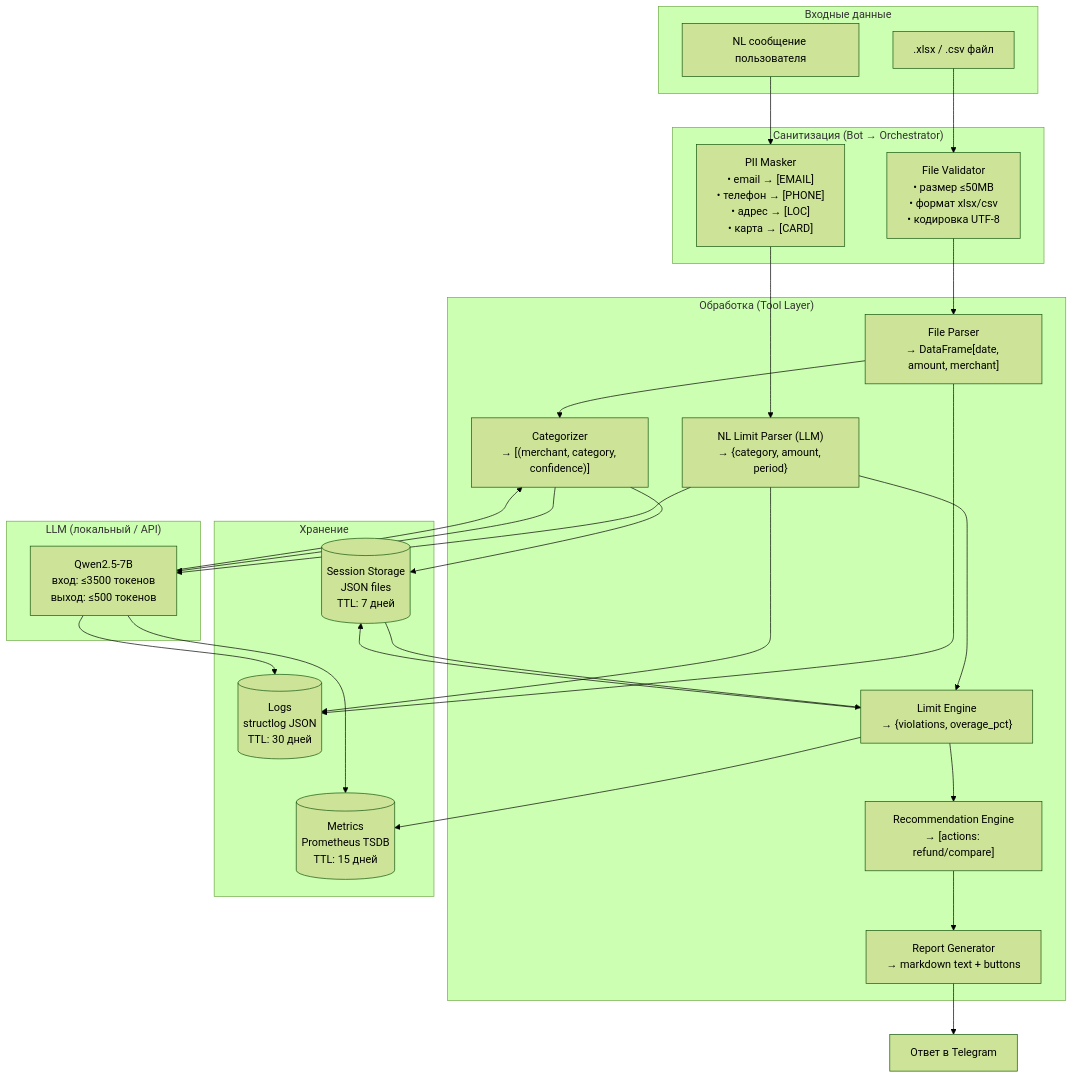
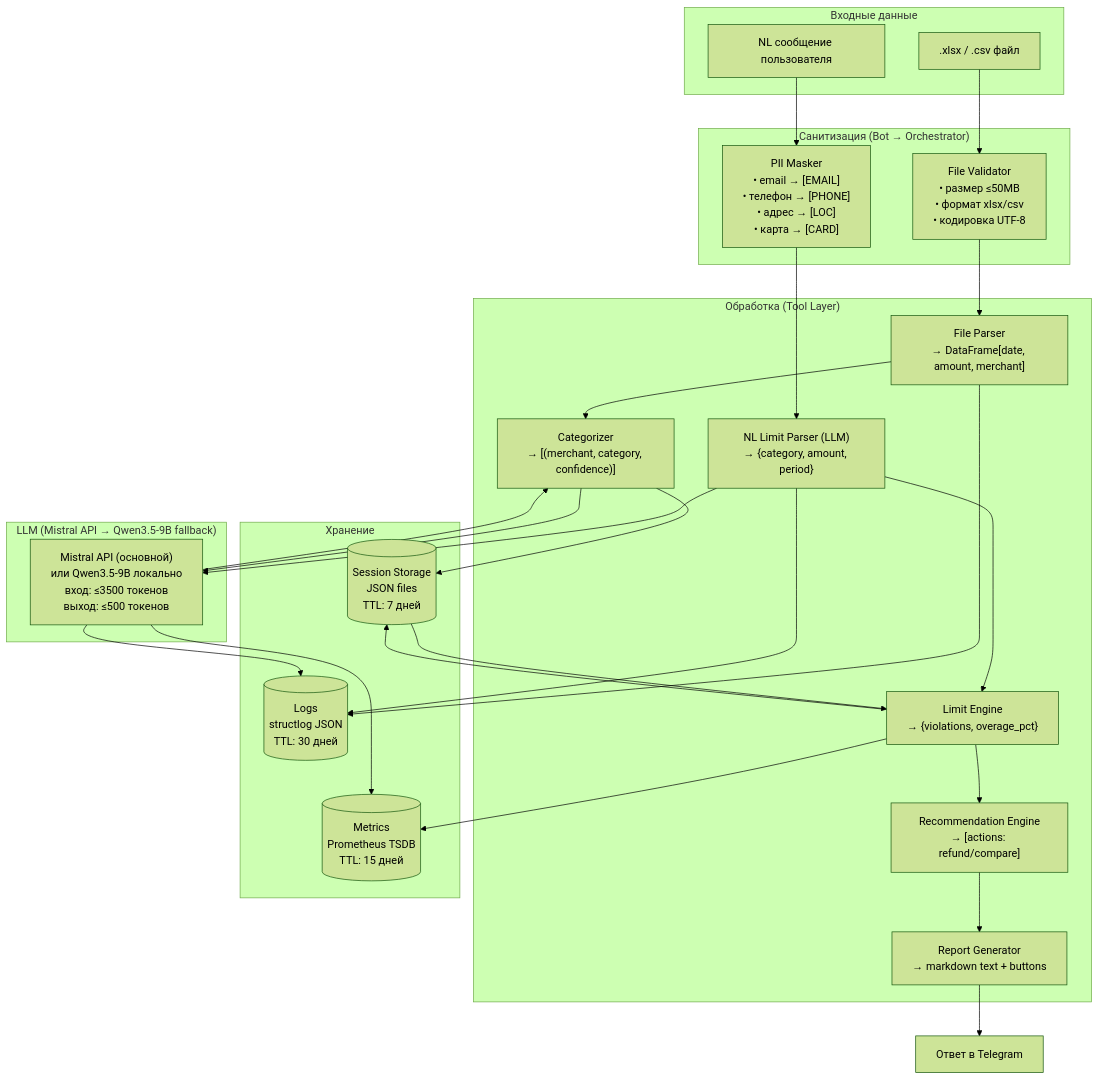
The diagram in docs/diagrams/data-flow.md (lveltman/personal-finance-assistant), drawn with Mermaid (forest theme) before and after one commit. The commit also changed other lines of this file and 8 other files, not shown here.

````diff
--- a/docs/diagrams/data-flow.md
+++ b/docs/diagrams/data-flow.md
@@ -7,50 +7,50 @@
 ```mermaid
 flowchart TD
     subgraph INPUT["Входные данные"]
         F[".xlsx / .csv файл"]
         M["NL сообщение пользователя"]
     end
 
     subgraph SANITIZE["Санитизация (Bot → Orchestrator)"]
         FS["File Validator\n• размер ≤50MB\n• формат xlsx/csv\n• кодировка UTF-8"]
         PI["PII Masker\n• email → [EMAIL]\n• телефон → [PHONE]\n• адрес → [LOC]\n• карта → [CARD]"]
     end
 
     subgraph PROCESS["Обработка (Tool Layer)"]
         FP["File Parser\n→ DataFrame[date, amount, merchant]"]
         CAT["Categorizer\n→ [(merchant, category, confidence)]"]
         NLP["NL Limit Parser (LLM)\n→ {category, amount, period}"]
         LE["Limit Engine\n→ {violations, overage_pct}"]
         REC["Recommendation Engine\n→ [actions: refund/compare]"]
         REP["Report Generator\n→ markdown text + buttons"]
     end
 
     subgraph STORAGE["Хранение"]
         SS[("Session Storage\nJSON files\nTTL: 7 дней")]
         LOG[("Logs\nstructlog JSON\nTTL: 30 дней")]
         MET[("Metrics\nPrometheus TSDB\nTTL: 15 дней")]
     end
 
-    subgraph LLM_BOX["LLM (локальный / API)"]
-        LLM["Qwen2.5-7B\nвход: ≤3500 токенов\nвыход: ≤500 токенов"]
+    subgraph LLM_BOX["LLM (Mistral API → Qwen3.5-9B fallback)"]
+        LLM["Mistral API (основной)\nили Qwen3.5-9B локально\nвход: ≤3500 токенов\nвыход: ≤500 токенов"]
     end
 
     F --> FS --> FP --> CAT
     M --> PI --> NLP
     NLP --> LLM
     CAT --> LLM
     LLM --> CAT
     CAT --> SS
     NLP --> LE
     LE --> SS
     SS --> LE
     LE --> REC
     REC --> REP
     REP --> OUTPUT["Ответ в Telegram"]
 
     FP --> LOG
     NLP --> LOG
     LLM --> LOG
     LLM --> MET
     LE --> MET
 ```
````
